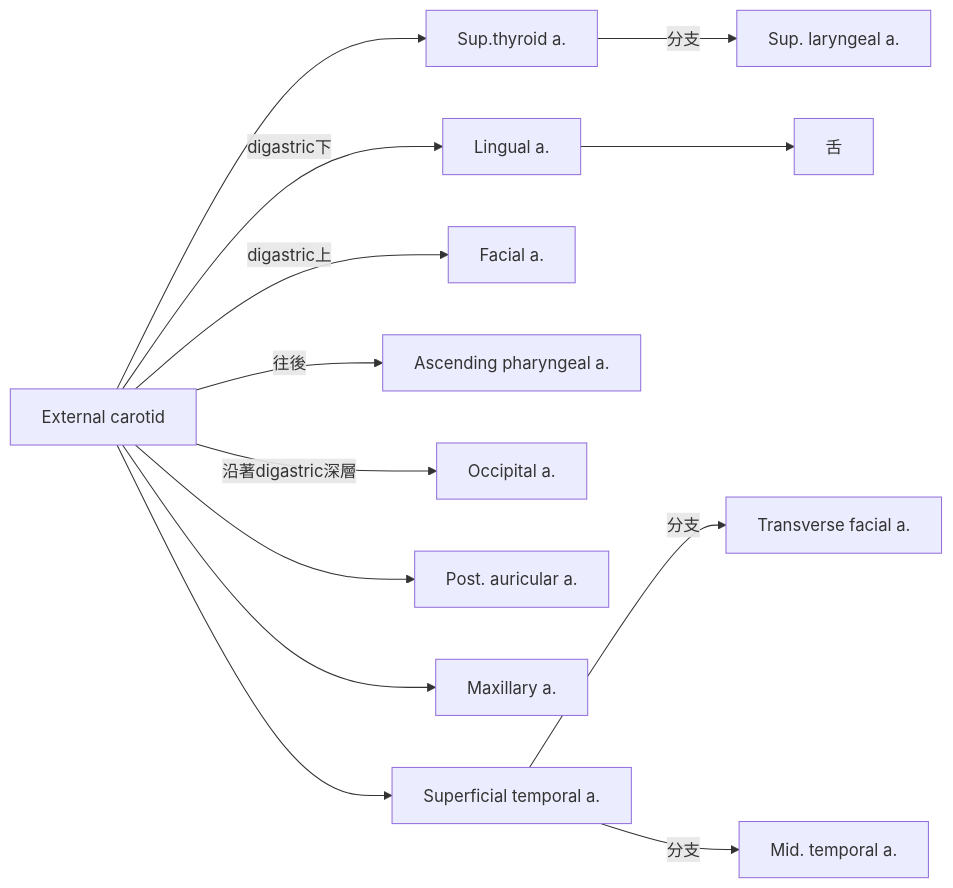
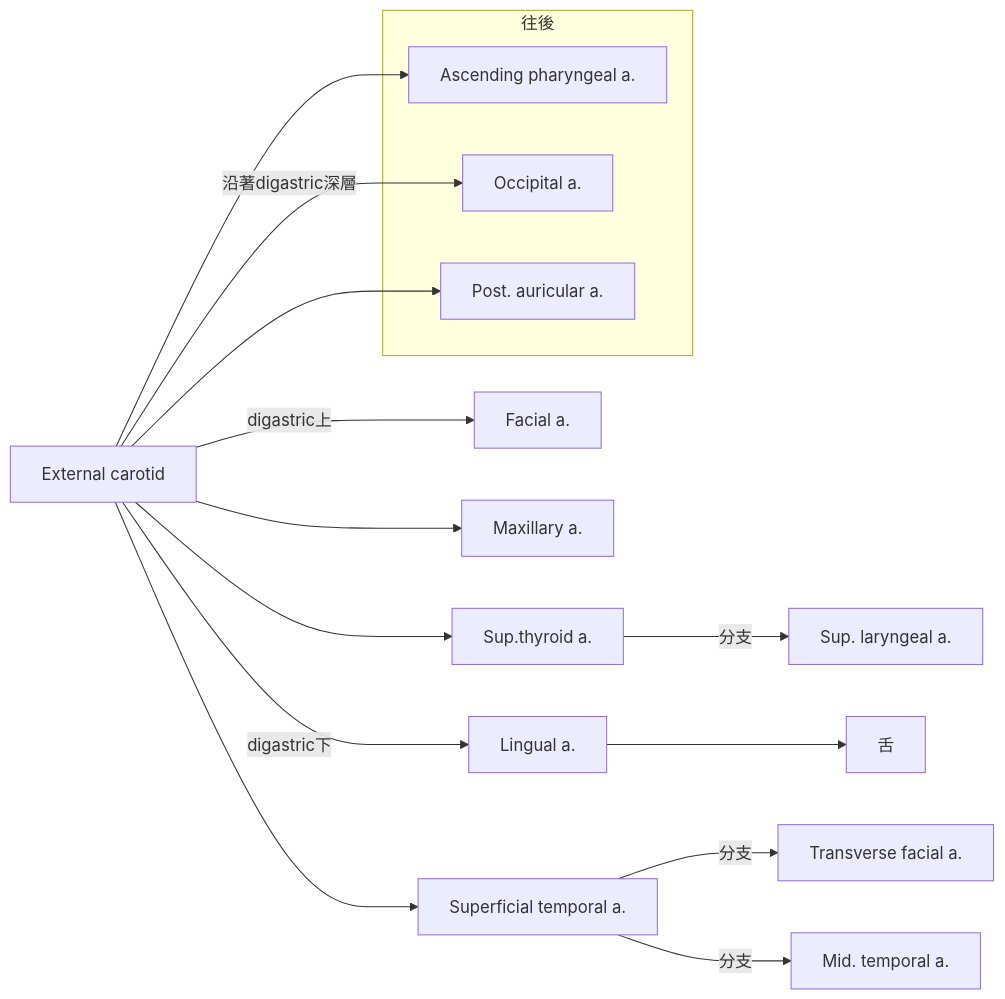
One commit to hsiu-chan/notebook changed the third of 21 diagrams in notes/二上/口解.md. Above: the diagram before and after it, drawn with Mermaid. The commit also changed other lines of this file and 38 other files, not shown here.

````diff
--- a/notes/二上/口解.md
+++ b/notes/二上/口解.md
@@ -89,13 +85,22 @@
 ```mermaid
 graph LR
 e[External carotid]
 e-->st[Sup.thyroid a.]-->|分支|sl[Sup. laryngeal a.]
 e--digastric下-->l[Lingual a.]-->舌
 e--digastric上-->f[Facial a.]
-e-->|往後|ap[Ascending pharyngeal a.]
+e-->ap[Ascending pharyngeal a.]
 e--沿著digastric深層-->o[Occipital a.]
 e-->a[Post. auricular a.]
 e-->m[Maxillary a.]
 e-->sp[Superficial temporal a.]--分支-->tf[Transverse facial a.]
 sp[Superficial temporal a.]--分支-->mt[Mid. temporal a.]
+
+
+subgraph 往後
+  ap
+  o 
+  a
+end
+
+
 ```
````
